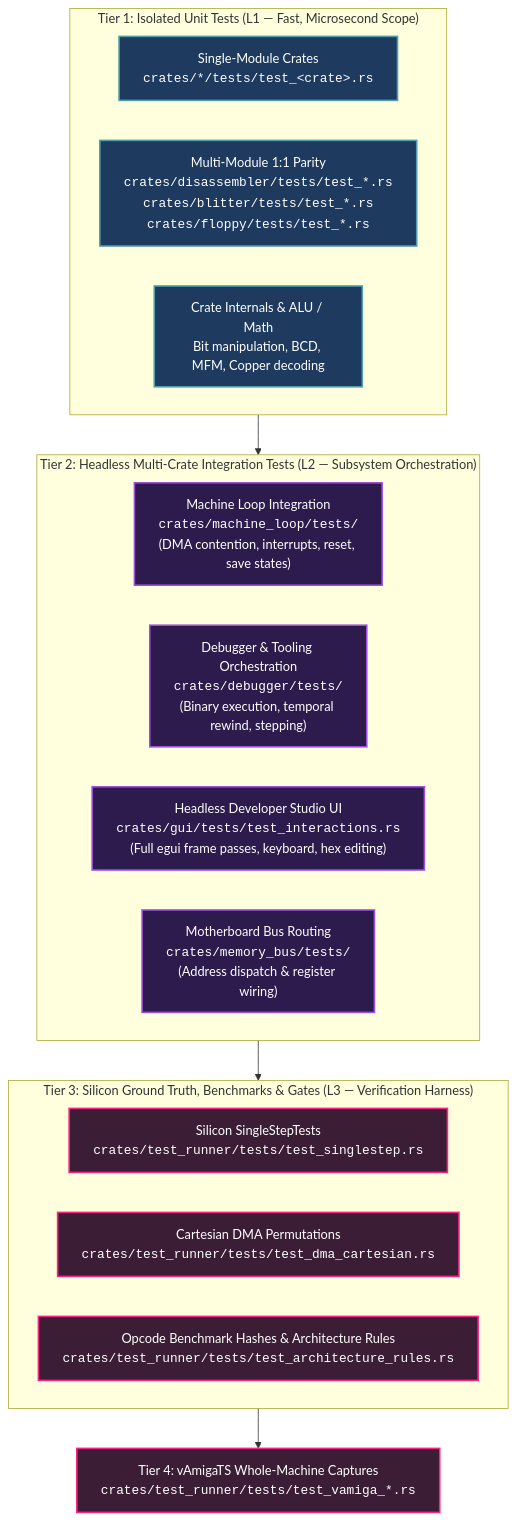
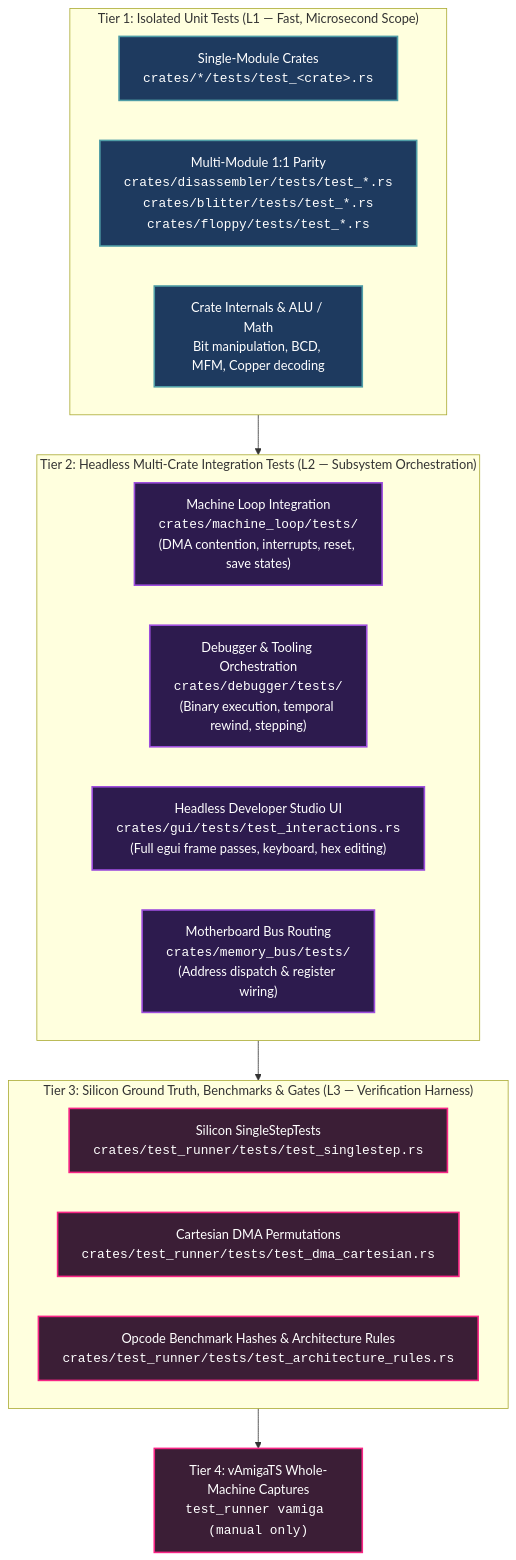
The first of 2 diagrams in Obsidian/Amiga/Design/Testing Strategy and Quality Assurance.md (tomek-anuszkiewicz/amiga-studio), drawn with Mermaid before and after one commit. The commit also changed other lines of this file and 115 other files, not shown here.

````diff
--- a/Obsidian/Amiga/Design/Testing Strategy and Quality Assurance.md
+++ b/Obsidian/Amiga/Design/Testing Strategy and Quality Assurance.md
@@ -28,30 +33,30 @@
 ```mermaid
 graph TD
     classDef t1 fill:#1e3a5f,stroke:#4f9da6,stroke-width:2px,color:#ffffff;
     classDef t2 fill:#2d1b4e,stroke:#9d4edd,stroke-width:2px,color:#ffffff;
     classDef t3 fill:#3b1e36,stroke:#f72585,stroke-width:2px,color:#ffffff;
 
     subgraph Tier1["Tier 1: Isolated Unit Tests (L1 — Fast, Microsecond Scope)"]
         U1["Single-Module Crates<br/><code>crates/*/tests/test_&lt;crate&gt;.rs</code>"]:::t1
         U2["Multi-Module 1:1 Parity<br/><code>crates/disassembler/tests/test_*.rs</code><br/><code>crates/blitter/tests/test_*.rs</code><br/><code>crates/floppy/tests/test_*.rs</code>"]:::t1
         U3["Crate Internals & ALU / Math<br/>Bit manipulation, BCD, MFM, Copper decoding"]:::t1
     end
 
     subgraph Tier2["Tier 2: Headless Multi-Crate Integration Tests (L2 — Subsystem Orchestration)"]
         I1["Machine Loop Integration<br/><code>crates/machine_loop/tests/</code><br/>(DMA contention, interrupts, reset, save states)"]:::t2
         I2["Debugger & Tooling Orchestration<br/><code>crates/debugger/tests/</code><br/>(Binary execution, temporal rewind, stepping)"]:::t2
         I3["Headless Developer Studio UI<br/><code>crates/gui/tests/test_interactions.rs</code><br/>(Full egui frame passes, keyboard, hex editing)"]:::t2
         I4["Motherboard Bus Routing<br/><code>crates/memory_bus/tests/</code><br/>(Address dispatch & register wiring)"]:::t2
     end
 
     subgraph Tier3["Tier 3: Silicon Ground Truth, Benchmarks & Gates (L3 — Verification Harness)"]
         V1["Silicon SingleStepTests<br/><code>crates/test_runner/tests/test_singlestep.rs</code>"]:::t3
         V2["Cartesian DMA Permutations<br/><code>crates/test_runner/tests/test_dma_cartesian.rs</code>"]:::t3
         V4["Opcode Benchmark Hashes & Architecture Rules<br/><code>crates/test_runner/tests/test_architecture_rules.rs</code>"]:::t3
     end
 
-    V3["Tier 4: vAmigaTS Whole-Machine Captures<br/><code>crates/test_runner/tests/test_vamiga_*.rs</code>"]:::t3
+    V3["Tier 4: vAmigaTS Whole-Machine Captures<br/><code>test_runner vamiga (manual only)</code>"]:::t3
     Tier1 --> Tier2
     Tier2 --> Tier3
     Tier3 --> V3
 ```
````
